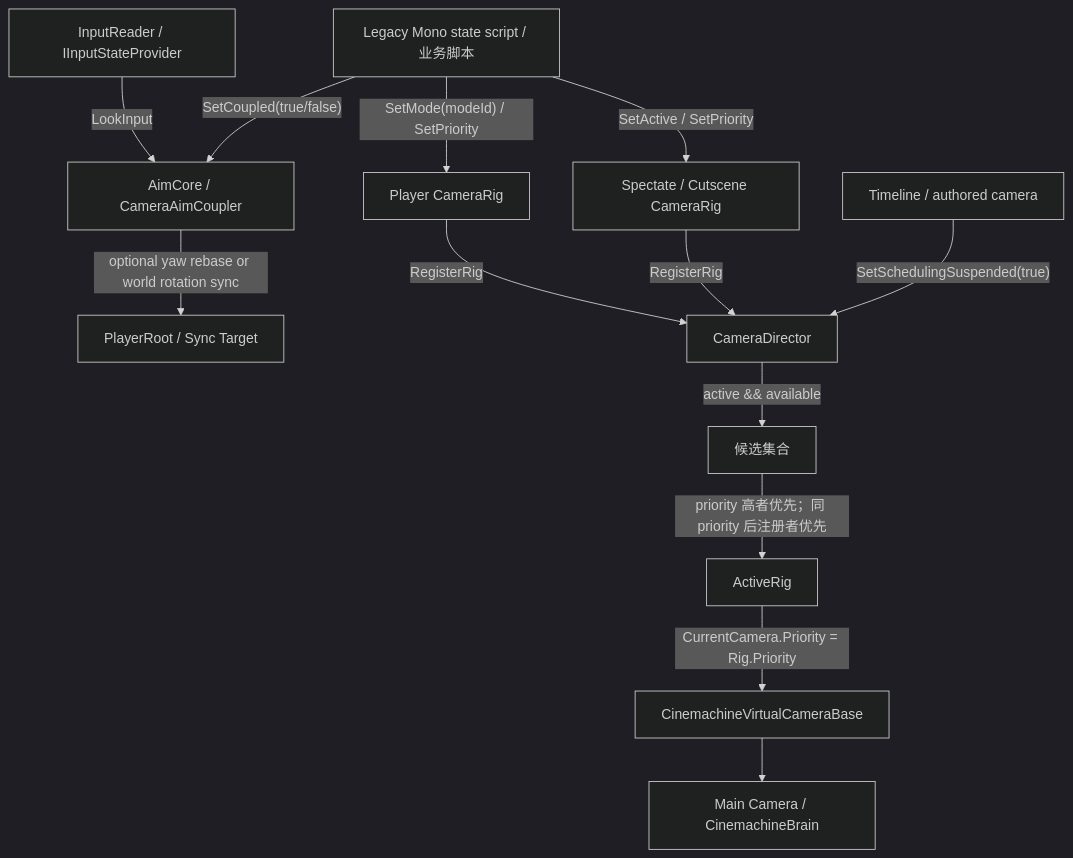
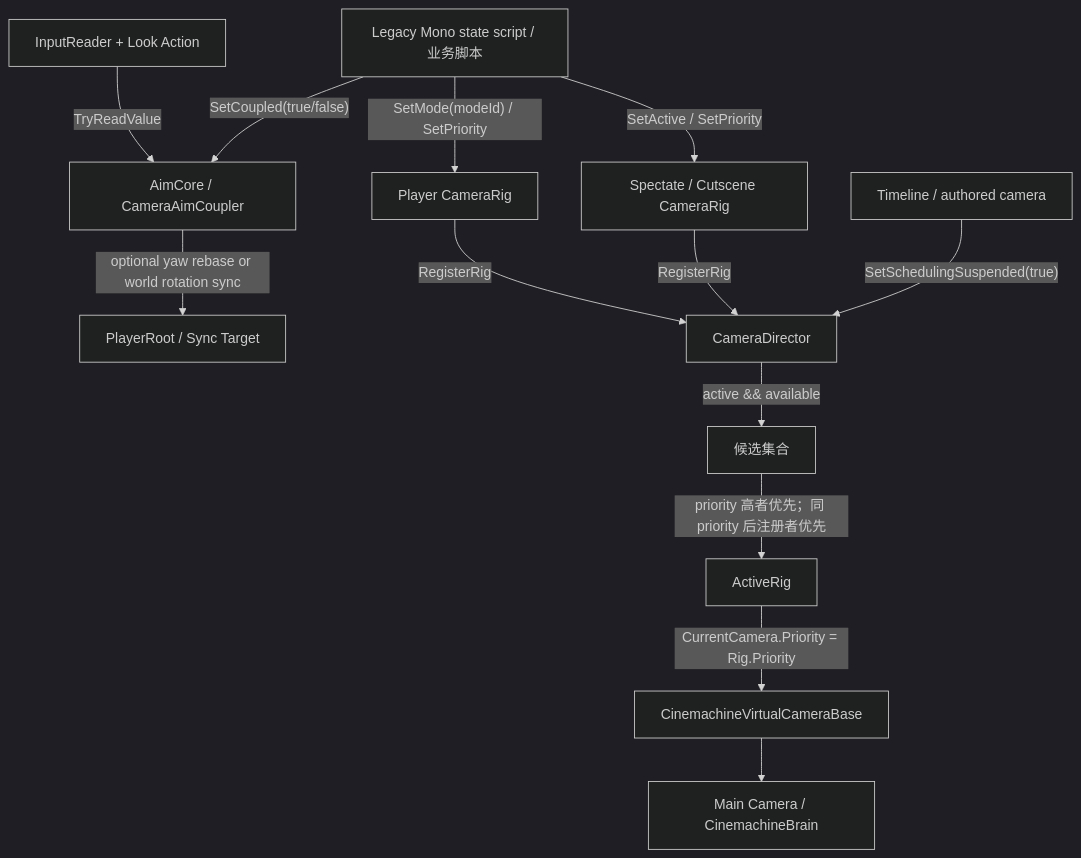
One commit to YunXEE/CoCoFlow changed the diagram in Docs/Module-Camera.md. Above: the diagram before and after it, drawn with Mermaid (dark theme). The commit also changed other lines of this file and 26 other files, not shown here.

Commit message:
refactor(input): consolidate InputReader authority

````diff
--- a/Docs/Module-Camera.md
+++ b/Docs/Module-Camera.md
@@ -23,18 +23,18 @@
 ```mermaid
 flowchart TD
-  Input["InputReader / IInputStateProvider"] -->|"LookInput"| AimCore["AimCore / CameraAimCoupler"]
+  Input["InputReader + Look Action"] -->|"TryReadValue"| AimCore["AimCore / CameraAimCoupler"]
   State["Legacy Mono state script / 业务脚本"] -->|"SetMode(modeId) / SetPriority"| PlayerRig["Player CameraRig"]
   State -->|"SetCoupled(true/false)"| AimCore
   State -->|"SetActive / SetPriority"| OtherRig["Spectate / Cutscene CameraRig"]
 
   AimCore -->|"optional yaw rebase or world rotation sync"| PlayerRoot["PlayerRoot / Sync Target"]
   PlayerRig -->|"RegisterRig"| Director["CameraDirector"]
   OtherRig -->|"RegisterRig"| Director
 
   Director -->|"active && available"| Filter["候选集合"]
   Filter -->|"priority 高者优先；同 priority 后注册者优先"| Winner["ActiveRig"]
   Winner -->|"CurrentCamera.Priority = Rig.Priority"| VCam["CinemachineVirtualCameraBase"]
   VCam --> Brain["Main Camera / CinemachineBrain"]
 
   Timeline["Timeline / authored camera"] -->|"SetSchedulingSuspended(true)"| Director
 ```
````
